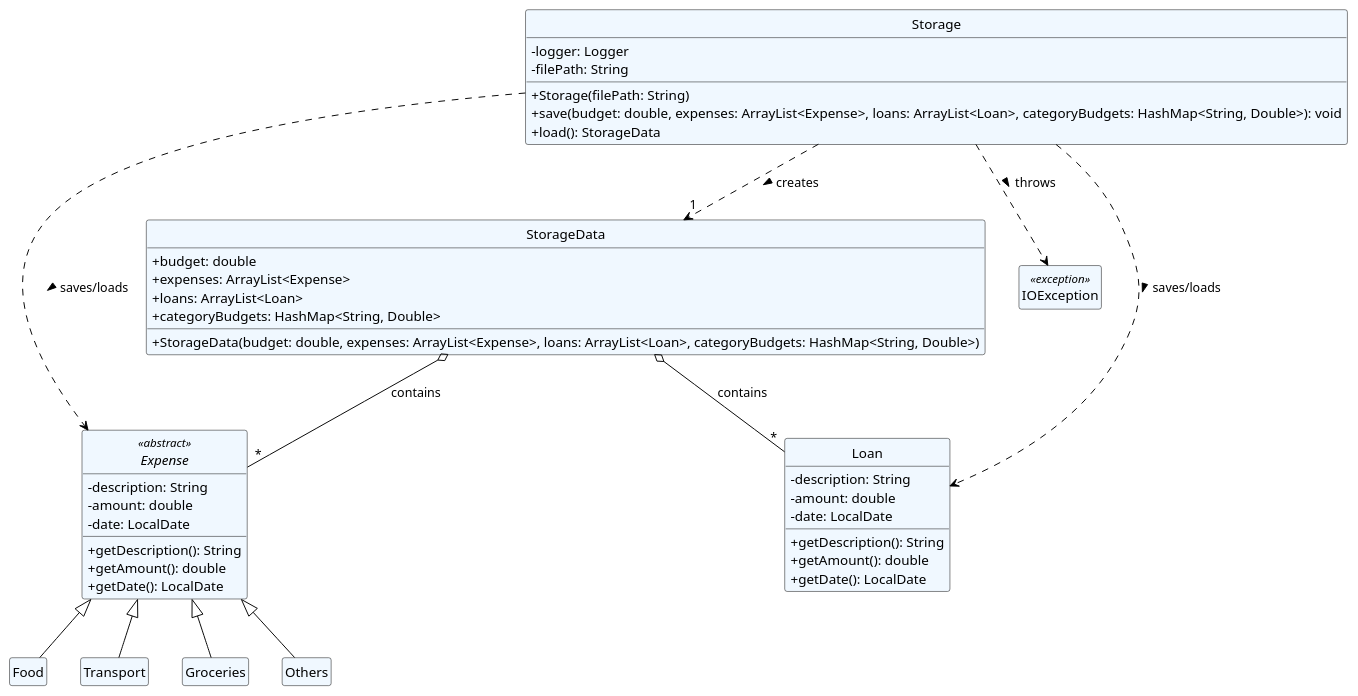
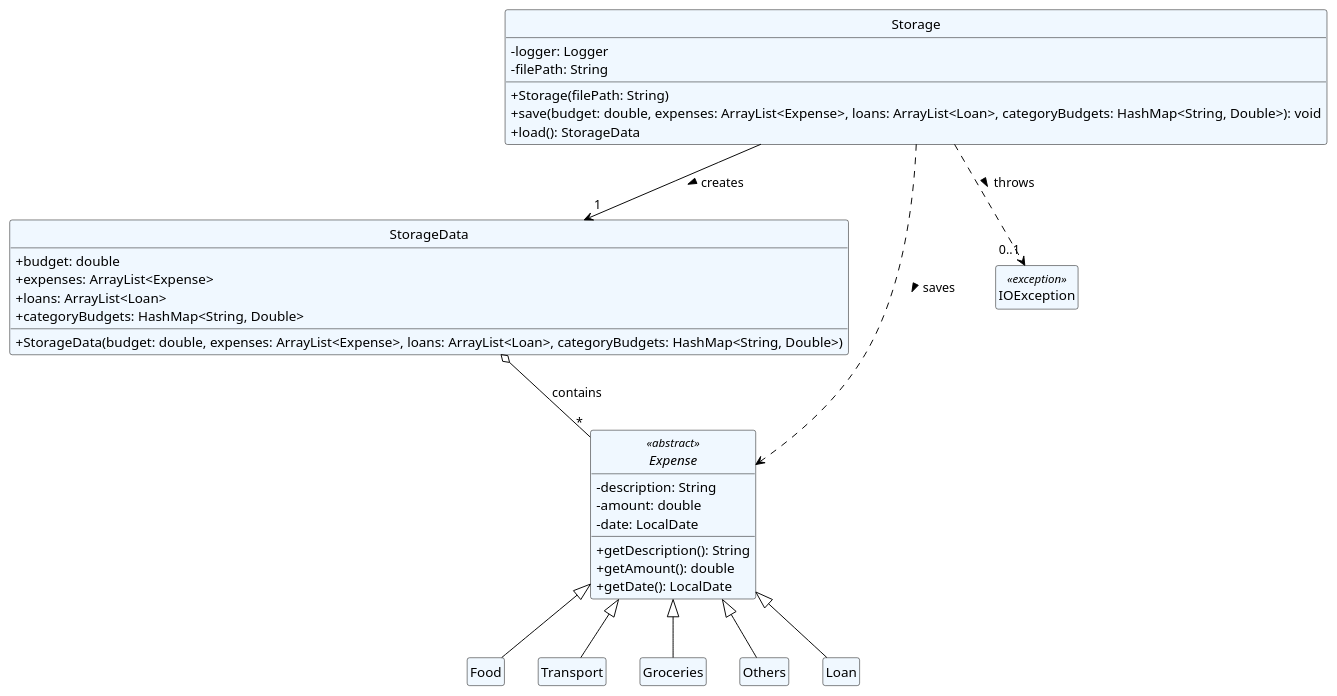
One commit to ivan-tan/tp changed the diagram in docs/Diagrams/Storage.puml. Above: the diagram before and after it, drawn with PlantUML. The commit also changed 4 other files, not shown here.

```diff
--- a/docs/Diagrams/Storage.puml
+++ b/docs/Diagrams/Storage.puml
@@ -1,62 +1,55 @@
 @startuml
 skinparam classAttributeIconSize 0
 hide circle
 hide empty members
 
 skinparam class {
     BackgroundColor AliceBlue
     ArrowColor Black
     BorderColor Black
 }
 
     class Storage {
         - logger: Logger
         - filePath: String
         + Storage(filePath: String)
         + save(budget: double, expenses: ArrayList<Expense>, loans: ArrayList<Loan>, categoryBudgets: HashMap<String, Double>): void
         + load(): StorageData
     }
 
     class StorageData {
         + budget: double
         + expenses: ArrayList<Expense>
         + loans: ArrayList<Loan>
         + categoryBudgets: HashMap<String, Double>
         + StorageData(budget: double, expenses: ArrayList<Expense>, loans: ArrayList<Loan>, categoryBudgets: HashMap<String, Double>)
     }
 
 
 
     abstract class Expense <<abstract>> {
         - description: String
         - amount: double
         - date: LocalDate
         + getDescription(): String
         + getAmount(): double
         + getDate(): LocalDate
     }
     class Food extends Expense
     class Transport extends Expense
     class Groceries extends Expense
     class Others extends Expense
+    class Loan extends Expense
     class IOException <<exception>>
 
 
-    class Loan {
-        - description: String
-        - amount: double
-        - date: LocalDate
-        + getDescription(): String
-        + getAmount(): double
-        + getDate(): LocalDate
-    }
+
 
 ' Relationships
-Storage ..> StorageData : creates > "1"
-Storage ..> Expense : saves/loads >
-Storage ..> Loan : saves/loads >
-Storage ..> IOException : throws >
+Storage --> StorageData : creates > "1"
+Storage ..> Expense : saves >
+Storage ..> IOException : throws > "0..1"
 StorageData o-- Expense : contains "*"
-StorageData o-- Loan : contains "*"
+
 
 @enduml
```
